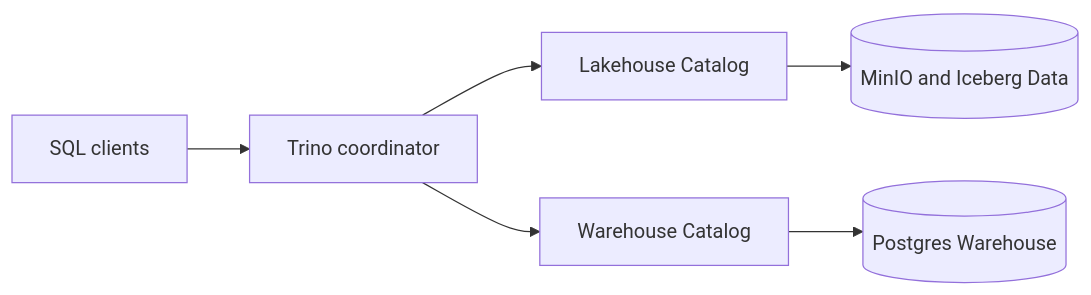
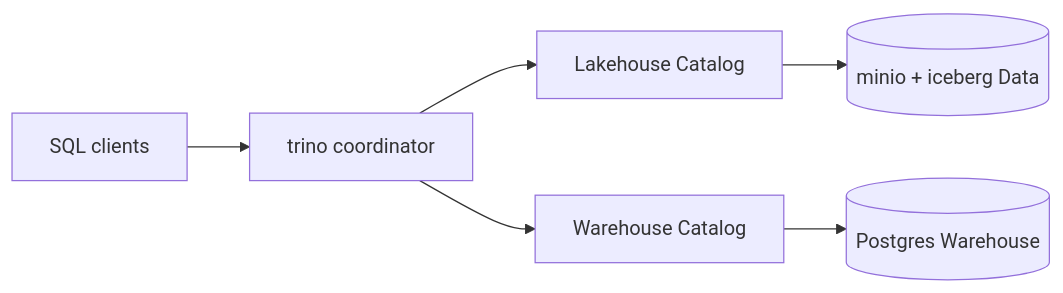
One commit to paulchen8206/Full-Stack-Modern-Data-Architecture-and-Engineering changed the first of 2 diagrams in trino/readme.md. Above: the diagram before and after it, drawn with Mermaid. The commit also changed other lines of this file and 18 other files, not shown here.

````diff
--- a/trino/readme.md
+++ b/trino/readme.md
@@ -20,15 +20,15 @@
 ```mermaid
 flowchart LR
 	CLIENTS[SQL clients]
-	TRINO[Trino coordinator]
+	TRINO[trino coordinator]
 	CATALOG_LH[Lakehouse Catalog]
 	CATALOG_WH[Warehouse Catalog]
-	MINIO[(MinIO and Iceberg Data)]
+	MINIO[(minio + iceberg Data)]
 	PG[(Postgres Warehouse)]
 
 	CLIENTS --> TRINO
 	TRINO --> CATALOG_LH
 	TRINO --> CATALOG_WH
 	CATALOG_LH --> MINIO
 	CATALOG_WH --> PG
 ```
````
